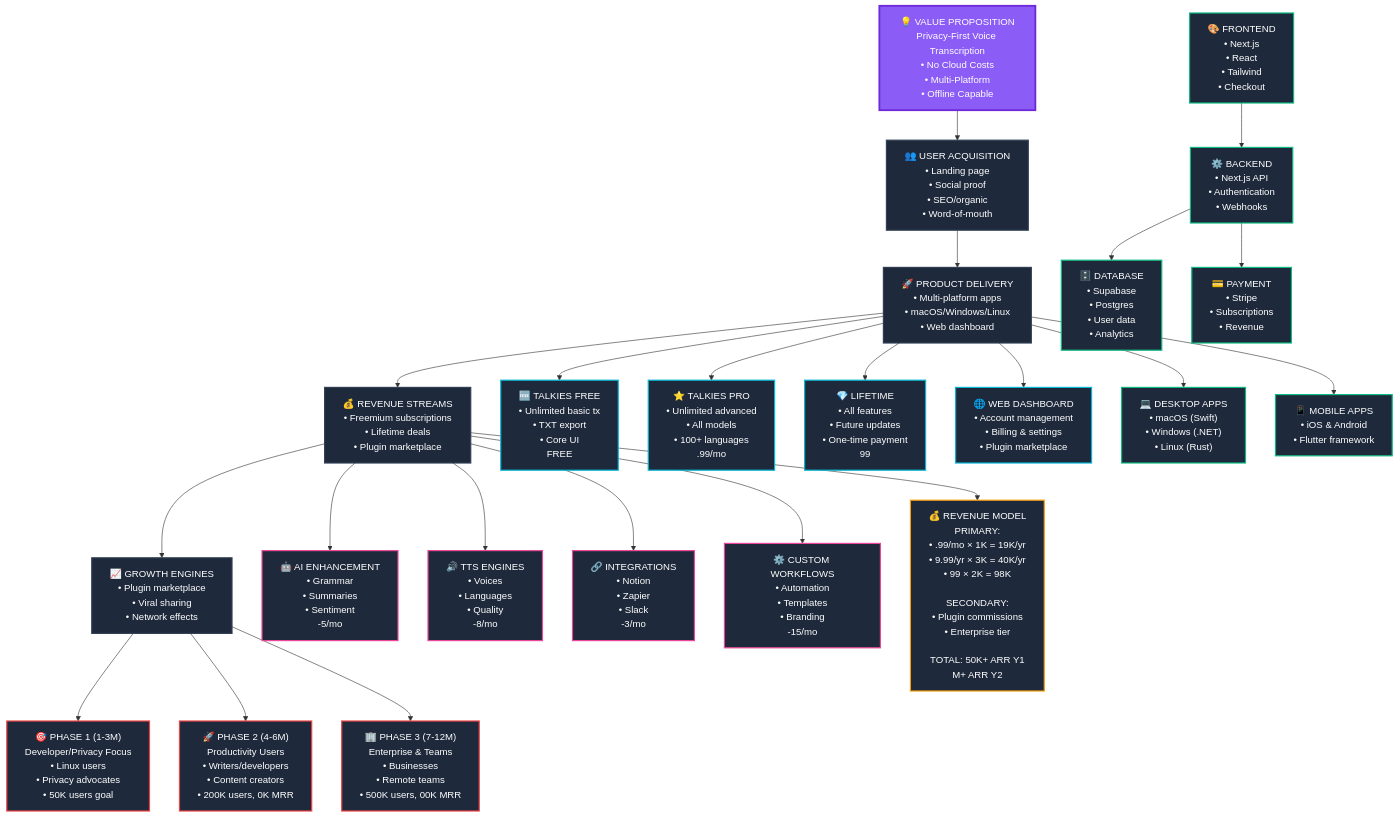
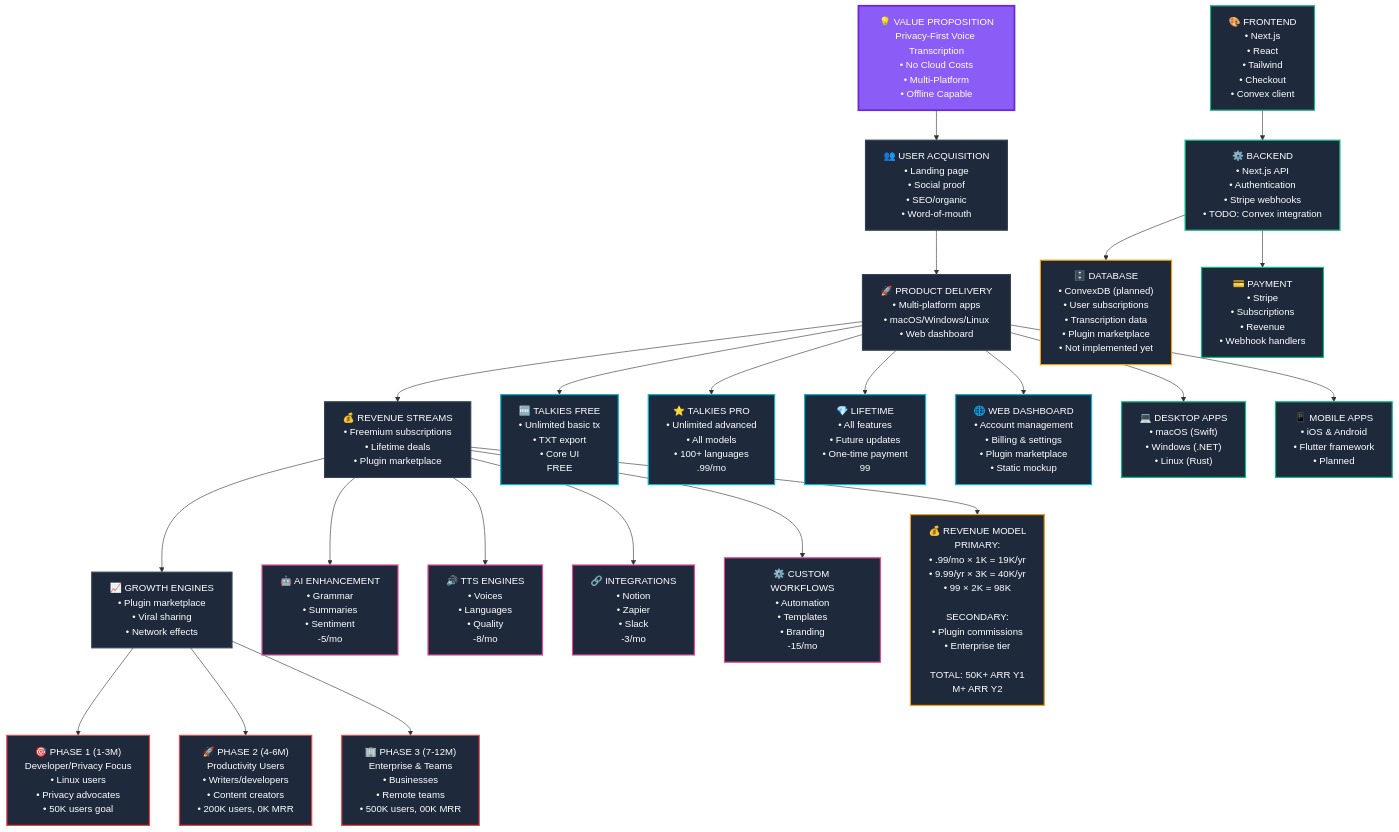
Before and after one commit to 4cecoder/talkies: the diagram in talkies_business_architecture.mmd, drawn with Mermaid. The commit also changed 90 other files, not shown here.

First line of the commit message:
Update business architecture diagram with correct database info

```diff
--- a/talkies_business_architecture.mmd
+++ b/talkies_business_architecture.mmd
@@ -1,88 +1,90 @@
 graph TD
     %% Business Architecture Flow
     
     %% Start with main value proposition
     VP["💡 VALUE PROPOSITION<br/>Privacy-First Voice Transcription<br/>• No Cloud Costs<br/>• Multi-Platform<br/>• Offline Capable"]
     
     %% User Journey
     UA["👥 USER ACQUISITION<br/>• Landing page<br/>• Social proof<br/>• SEO/organic<br/>• Word-of-mouth"]
     PD["🚀 PRODUCT DELIVERY<br/>• Multi-platform apps<br/>• macOS/Windows/Linux<br/>• Web dashboard"]
     RS["💰 REVENUE STREAMS<br/>• Freemium subscriptions<br/>• Lifetime deals<br/>• Plugin marketplace"]
     GE["📈 GROWTH ENGINES<br/>• Plugin marketplace<br/>• Viral sharing<br/>• Network effects"]
     
     %% Product Ecosystem
     FREE["🆓 TALKIES FREE<br/>• Unlimited basic tx<br/>• TXT export<br/>• Core UI<br/>FREE"]
     PRO["⭐ TALKIES PRO<br/>• Unlimited advanced<br/>• All models<br/>• 100+ languages<br/>.99/mo"]
     LIFETIME["💎 LIFETIME<br/>• All features<br/>• Future updates<br/>• One-time payment<br/>99"]
-    DASHBOARD["🌐 WEB DASHBOARD<br/>• Account management<br/>• Billing & settings<br/>• Plugin marketplace"]
+    DASHBOARD["🌐 WEB DASHBOARD<br/>• Account management<br/>• Billing & settings<br/>• Plugin marketplace<br/>• Static mockup"]
     
     %% Plugin Marketplace
     AI["🤖 AI ENHANCEMENT<br/>• Grammar<br/>• Summaries<br/>• Sentiment<br/>-5/mo"]
     TTS["🔊 TTS ENGINES<br/>• Voices<br/>• Languages<br/>• Quality<br/>-8/mo"]
     INTEGRATIONS["🔗 INTEGRATIONS<br/>• Notion<br/>• Zapier<br/>• Slack<br/>-3/mo"]
     WORKFLOWS["⚙️ CUSTOM WORKFLOWS<br/>• Automation<br/>• Templates<br/>• Branding<br/>-15/mo"]
     
     %% Technical Stack
-    FRONTEND["🎨 FRONTEND<br/>• Next.js<br/>• React<br/>• Tailwind<br/>• Checkout"]
-    BACKEND["⚙️ BACKEND<br/>• Next.js API<br/>• Authentication<br/>• Webhooks"]
-    DATABASE["🗄️ DATABASE<br/>• Supabase<br/>• Postgres<br/>• User data<br/>• Analytics"]
-    PAYMENT["💳 PAYMENT<br/>• Stripe<br/>• Subscriptions<br/>• Revenue"]
+    FRONTEND["🎨 FRONTEND<br/>• Next.js<br/>• React<br/>• Tailwind<br/>• Checkout<br/>• Convex client"]
+    BACKEND["⚙️ BACKEND<br/>• Next.js API<br/>• Authentication<br/>• Stripe webhooks<br/>• TODO: Convex integration"]
+    DATABASE["🗄️ DATABASE<br/>• ConvexDB (planned)<br/>• User subscriptions<br/>• Transcription data<br/>• Plugin marketplace<br/>• Not implemented yet"]
+    PAYMENT["💳 PAYMENT<br/>• Stripe<br/>• Subscriptions<br/>• Revenue<br/>• Webhook handlers"]
     
     %% Platform Ecosystem
     DESKTOP["💻 DESKTOP APPS<br/>• macOS (Swift)<br/>• Windows (.NET)<br/>• Linux (Rust)"]
-    MOBILE["📱 MOBILE APPS<br/>• iOS & Android<br/>• Flutter framework"]
+    MOBILE["📱 MOBILE APPS<br/>• iOS & Android<br/>• Flutter framework<br/>• Planned"]
     
     %% Revenue Model
     REVENUE["💰 REVENUE MODEL<br/>PRIMARY:<br/>• .99/mo × 1K = 19K/yr<br/>• 9.99/yr × 3K = 40K/yr<br/>• 99 × 2K = 98K<br/><br/>SECONDARY:<br/>• Plugin commissions<br/>• Enterprise tier<br/><br/>TOTAL: 50K+ ARR Y1<br/>M+ ARR Y2"]
     
     %% Growth Strategy
     PHASE1["🎯 PHASE 1 (1-3M)<br/>Developer/Privacy Focus<br/>• Linux users<br/>• Privacy advocates<br/>• 50K users goal"]
     PHASE2["🚀 PHASE 2 (4-6M)<br/>Productivity Users<br/>• Writers/developers<br/>• Content creators<br/>• 200K users, 0K MRR"]
     PHASE3["🏢 PHASE 3 (7-12M)<br/>Enterprise & Teams<br/>• Businesses<br/>• Remote teams<br/>• 500K users, 00K MRR"]
     
     %% Connections
     UA --> PD
     PD --> RS
     RS --> GE
     
     VP --> UA
     
     PD --> FREE
     PD --> PRO
     PD --> LIFETIME
     PD --> DASHBOARD
     
     RS --> AI
     RS --> TTS
     RS --> INTEGRATIONS
     RS --> WORKFLOWS
     
     FRONTEND --> BACKEND
     BACKEND --> DATABASE
     BACKEND --> PAYMENT
     
     PD --> DESKTOP
     PD --> MOBILE
     
     RS --> REVENUE
     
     GE --> PHASE1
     GE --> PHASE2
     GE --> PHASE3
     
     %% Styling
     classDef valueProp fill:#8b5cf6,stroke:#6d28d9,stroke-width:3px,color:#ffffff
     classDef userJourney fill:#1e293b,stroke:#334155,stroke-width:2px,color:#ffffff
     classDef products fill:#1e293b,stroke:#06b6d4,stroke-width:2px,color:#ffffff
     classDef plugins fill:#1e293b,stroke:#ec4899,stroke-width:2px,color:#ffffff
     classDef tech fill:#1e293b,stroke:#10b981,stroke-width:2px,color:#ffffff
+    classDef database fill:#1e293b,stroke:#f59e0b,stroke-width:2px,color:#ffffff
     classDef revenue fill:#1e293b,stroke:#f59e0b,stroke-width:2px,color:#ffffff
     classDef growth fill:#1e293b,stroke:#ef4444,stroke-width:2px,color:#ffffff
     
     class VP valueProp
     class UA,PD,RS,GE userJourney
     class FREE,PRO,LIFETIME,DASHBOARD products
     class AI,TTS,INTEGRATIONS,WORKFLOWS plugins
-    class FRONTEND,BACKEND,DATABASE,PAYMENT,DESKTOP,MOBILE tech
+    class FRONTEND,BACKEND,PAYMENT,DESKTOP,MOBILE tech
+    class DATABASE database
     class REVENUE revenue
     class PHASE1,PHASE2,PHASE3 growth
```
